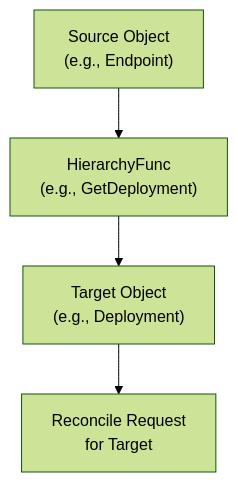
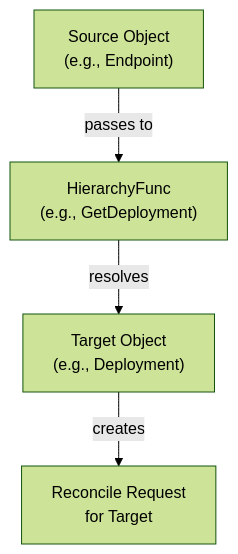
One commit to openchoreo/openchoreo changed the fifth of 6 diagrams in docs/deepwiki/Hierarchy-and-Finalization.md. Above: the diagram before and after it, drawn with Mermaid (forest theme). The commit also changed other lines of this file and 85 other files, not shown here.

Commit message:
feat: Add new workflow and specification templates, update Helm chart dependencies, and clarify documentation diagrams.

````diff
--- a/docs/deepwiki/Hierarchy-and-Finalization.md
+++ b/docs/deepwiki/Hierarchy-and-Finalization.md
@@ -401,12 +401,12 @@
 ```mermaid
 flowchart TD
 
 SourceObj["Source Object<br>(e.g., Endpoint)"]
 HierarchyFunc["HierarchyFunc<br>(e.g., GetDeployment)"]
 TargetObj["Target Object<br>(e.g., Deployment)"]
 ReconcileReq["Reconcile Request<br>for Target"]
 
-SourceObj --> HierarchyFunc
-HierarchyFunc --> TargetObj
-TargetObj --> ReconcileReq
+SourceObj -->|"passes to"| HierarchyFunc
+HierarchyFunc -->|"resolves"| TargetObj
+TargetObj -->|"creates"| ReconcileReq
 ```
````
